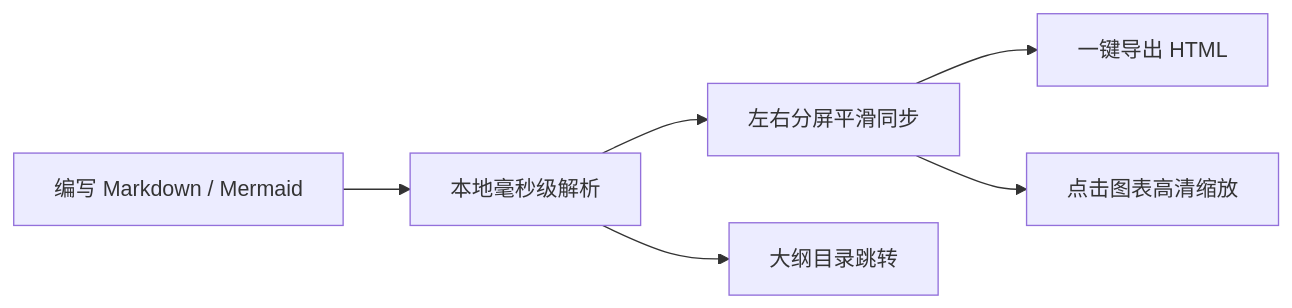
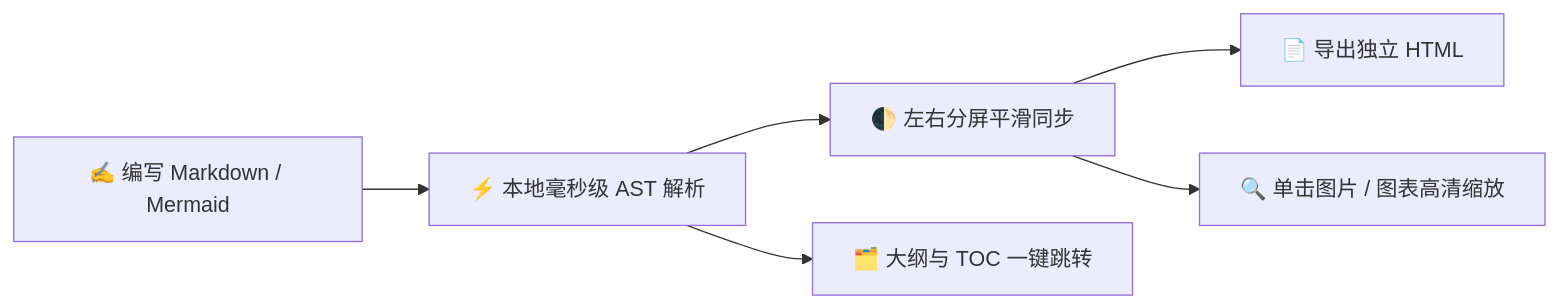
One commit to 2716190547/zmark changed the diagram in crates/zmark_app/assets/welcome/zh-CN.md. Above: the diagram before and after it, drawn with Mermaid. The commit also changed other lines of this file and 32 other files, not shown here.

````diff
--- a/crates/zmark_app/assets/welcome/zh-CN.md
+++ b/crates/zmark_app/assets/welcome/zh-CN.md
@@ -72,8 +84,8 @@
 ```mermaid
 flowchart LR
-    Write["编写 Markdown / Mermaid"] --> Parse["本地毫秒级解析"]
-    Parse --> Split["左右分屏平滑同步"]
-    Parse --> Outline["大纲目录跳转"]
-    Split --> Export["一键导出 HTML"]
-    Split --> Lightbox["点击图表高清缩放"]
+    Write["✍️ 编写 Markdown / Mermaid"] --> Parse["⚡️ 本地毫秒级 AST 解析"]
+    Parse --> Split["🌓 左右分屏平滑同步"]
+    Parse --> Outline["🗂️ 大纲与 TOC 一键跳转"]
+    Split --> Export["📄 导出独立 HTML"]
+    Split --> Lightbox["🔍 单击图片 / 图表高清缩放"]
 ```
````
